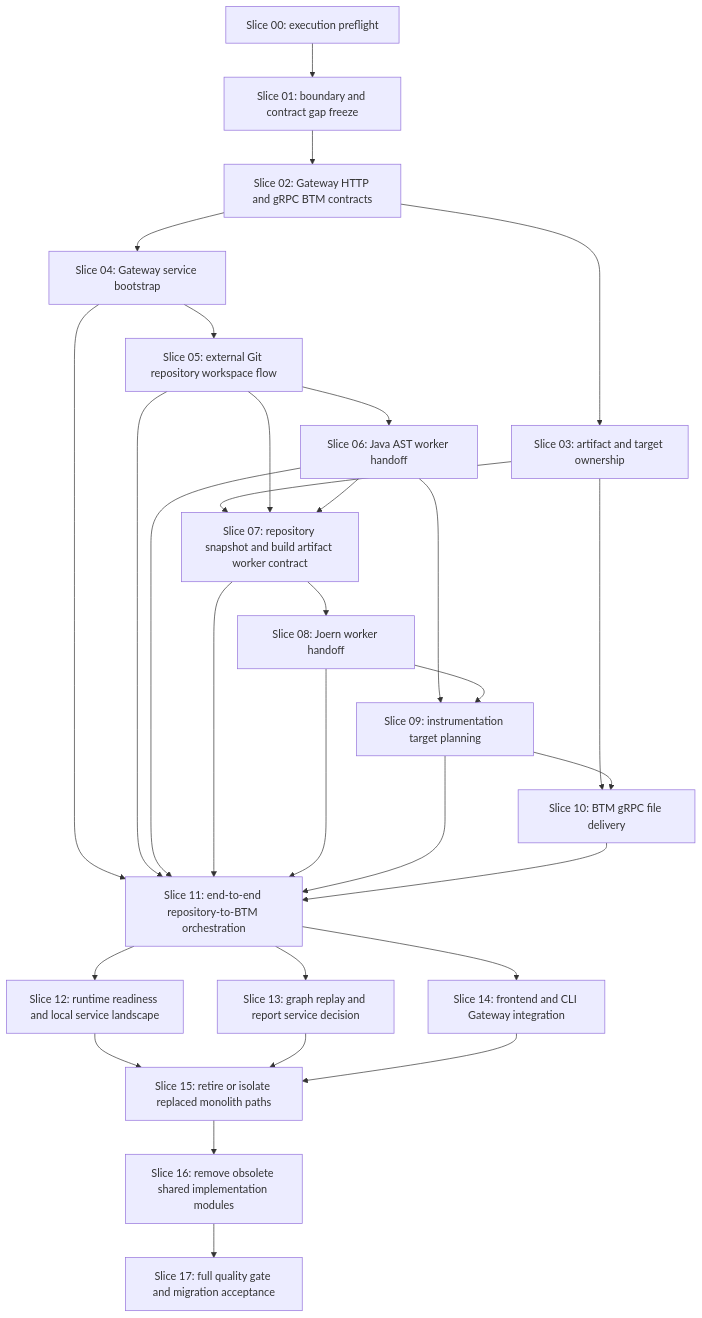
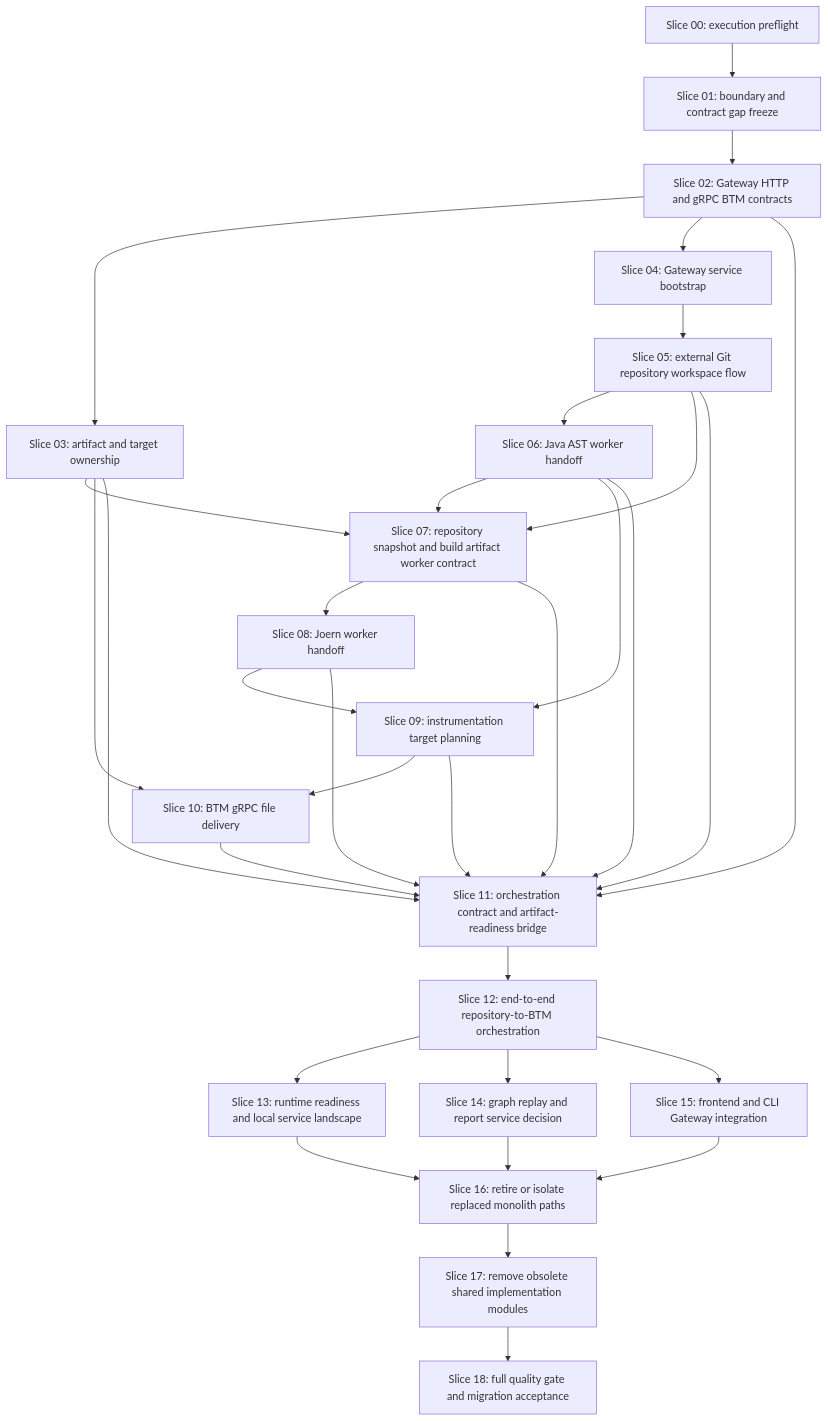
One commit to MatthiasBurger-Coder/forensic_analytics changed the diagram in docs/workflow/slice-dependency-map.md. Above: the diagram before and after it, drawn with Mermaid. The commit also changed other lines of this file and 17 other files, not shown here.

Commit message:
docs(workflow): insert repository-to-btm readiness slice

````diff
--- a/docs/workflow/slice-dependency-map.md
+++ b/docs/workflow/slice-dependency-map.md
@@ -3,49 +3,52 @@
 ```mermaid
 flowchart TD
   S00["Slice 00: execution preflight"]
   S01["Slice 01: boundary and contract gap freeze"]
   S02["Slice 02: Gateway HTTP and gRPC BTM contracts"]
   S03["Slice 03: artifact and target ownership"]
   S04["Slice 04: Gateway service bootstrap"]
   S05["Slice 05: external Git repository workspace flow"]
   S06["Slice 06: Java AST worker handoff"]
   S07["Slice 07: repository snapshot and build artifact worker contract"]
   S08["Slice 08: Joern worker handoff"]
   S09["Slice 09: instrumentation target planning"]
   S10["Slice 10: BTM gRPC file delivery"]
-  S11["Slice 11: end-to-end repository-to-BTM orchestration"]
-  S12["Slice 12: runtime readiness and local service landscape"]
-  S13["Slice 13: graph replay and report service decision"]
-  S14["Slice 14: frontend and CLI Gateway integration"]
-  S15["Slice 15: retire or isolate replaced monolith paths"]
-  S16["Slice 16: remove obsolete shared implementation modules"]
-  S17["Slice 17: full quality gate and migration acceptance"]
+  S11["Slice 11: orchestration contract and artifact-readiness bridge"]
+  S12["Slice 12: end-to-end repository-to-BTM orchestration"]
+  S13["Slice 13: runtime readiness and local service landscape"]
+  S14["Slice 14: graph replay and report service decision"]
+  S15["Slice 15: frontend and CLI Gateway integration"]
+  S16["Slice 16: retire or isolate replaced monolith paths"]
+  S17["Slice 17: remove obsolete shared implementation modules"]
+  S18["Slice 18: full quality gate and migration acceptance"]
 
   S00 --> S01 --> S02
   S02 --> S03
   S02 --> S04
   S04 --> S05
   S05 --> S06
   S03 --> S07
   S05 --> S07
   S06 --> S07
   S07 --> S08
   S06 --> S09
   S08 --> S09
   S03 --> S10
   S09 --> S10
-  S04 --> S11
+  S02 --> S11
+  S03 --> S11
   S05 --> S11
   S06 --> S11
   S07 --> S11
   S08 --> S11
   S09 --> S11
   S10 --> S11
   S11 --> S12
-  S11 --> S13
-  S11 --> S14
+  S12 --> S13
+  S12 --> S14
   S12 --> S15
-  S13 --> S15
-  S14 --> S15
-  S15 --> S16 --> S17
+  S13 --> S16
+  S14 --> S16
+  S15 --> S16
+  S16 --> S17 --> S18
 ```
````
